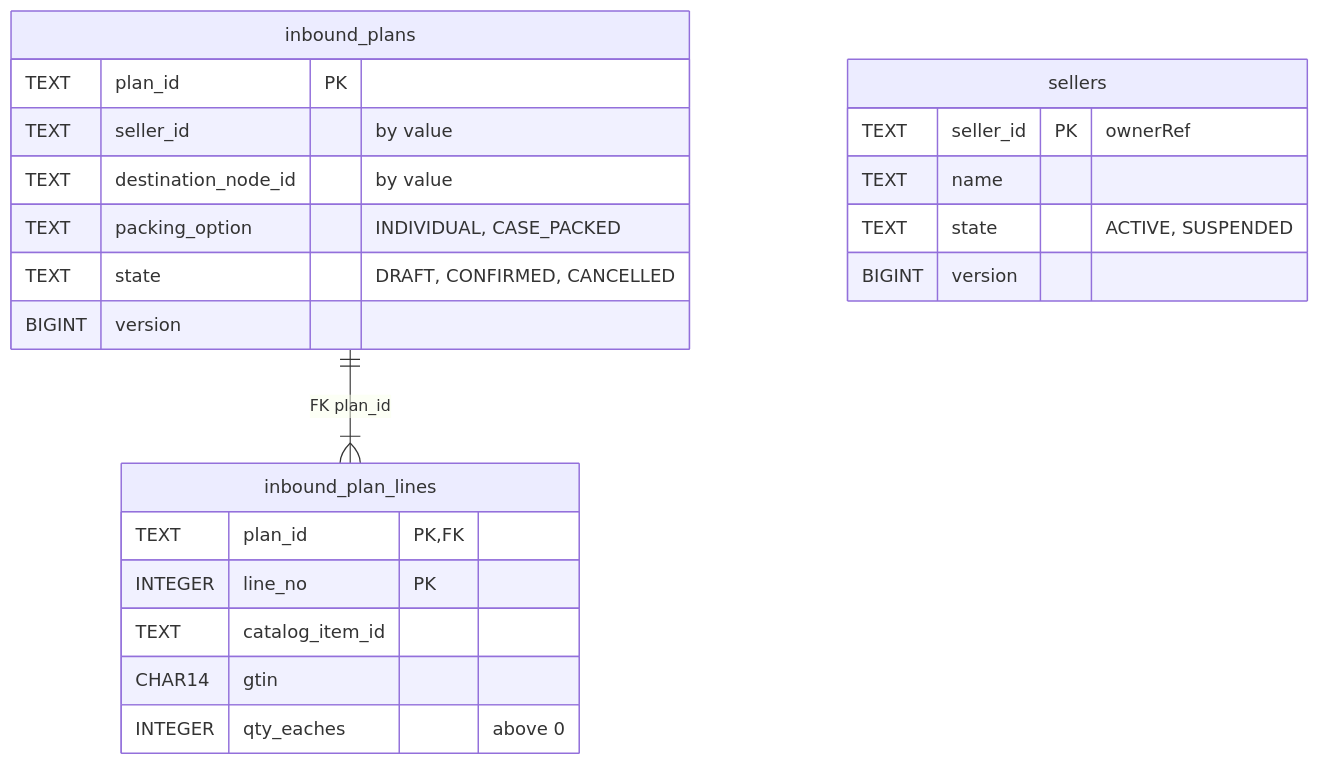
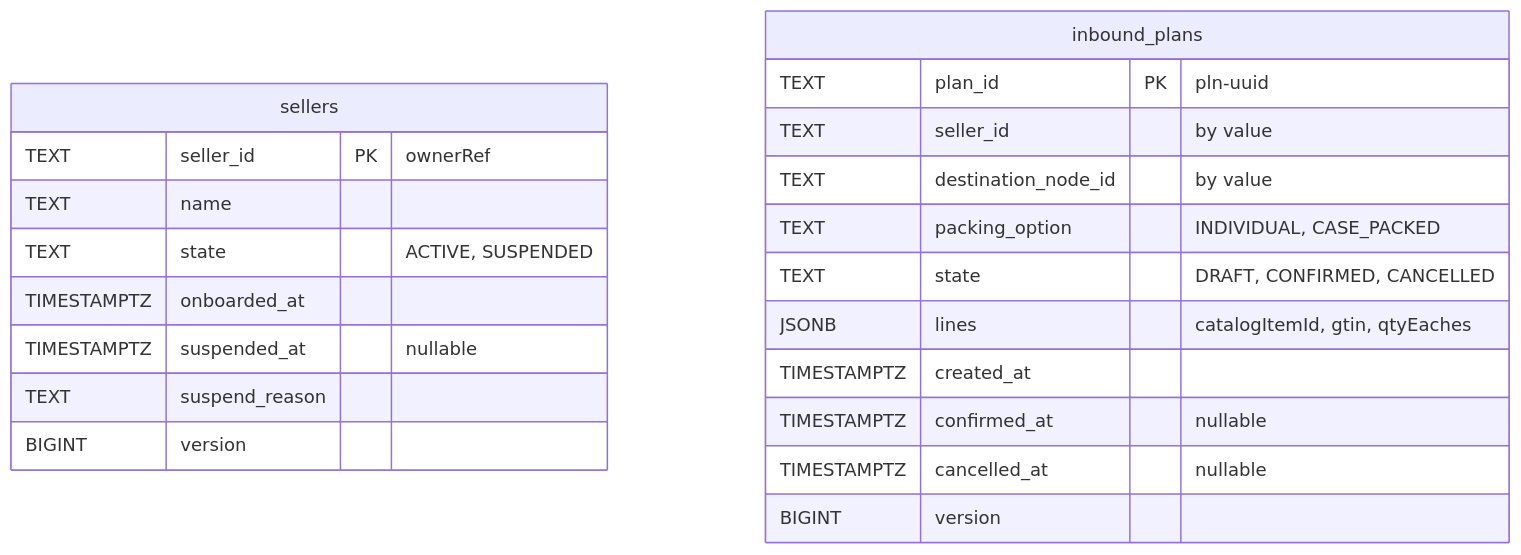
Before and after one commit to IQVO/warehouse-docs: the first of 5 diagrams in network/docs/contexts/seller-inbound/entity-relationship.md, drawn with Mermaid. The commit also changed other lines of this file and 15 other files, not shown here.

````diff
--- a/network/docs/contexts/seller-inbound/entity-relationship.md
+++ b/network/docs/contexts/seller-inbound/entity-relationship.md
@@ -21,25 +29,24 @@
 ```mermaid
 erDiagram
-    inbound_plans ||--|{ inbound_plan_lines : "FK plan_id"
     sellers {
         TEXT seller_id PK "ownerRef"
         TEXT name
         TEXT state "ACTIVE, SUSPENDED"
+        TIMESTAMPTZ onboarded_at
+        TIMESTAMPTZ suspended_at "nullable"
+        TEXT suspend_reason
         BIGINT version
     }
     inbound_plans {
-        TEXT plan_id PK
+        TEXT plan_id PK "pln-uuid"
         TEXT seller_id "by value"
         TEXT destination_node_id "by value"
         TEXT packing_option "INDIVIDUAL, CASE_PACKED"
         TEXT state "DRAFT, CONFIRMED, CANCELLED"
+        JSONB lines "catalogItemId, gtin, qtyEaches"
+        TIMESTAMPTZ created_at
+        TIMESTAMPTZ confirmed_at "nullable"
+        TIMESTAMPTZ cancelled_at "nullable"
         BIGINT version
     }
-    inbound_plan_lines {
-        TEXT plan_id PK,FK
-        INTEGER line_no PK
-        TEXT catalog_item_id
-        CHAR14 gtin
-        INTEGER qty_eaches "above 0"
-    }
 ```
````
